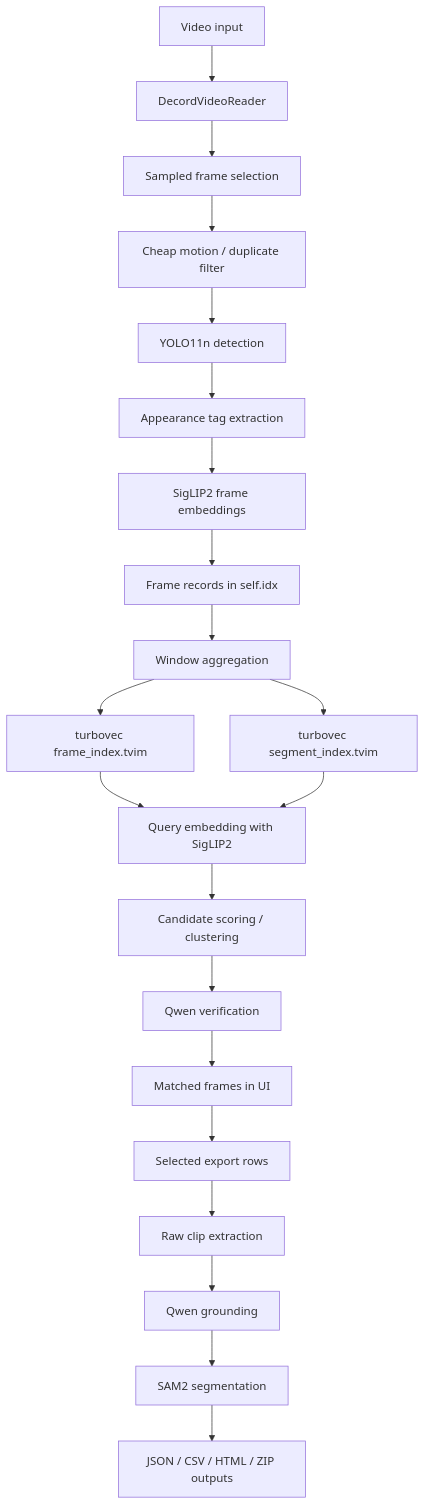
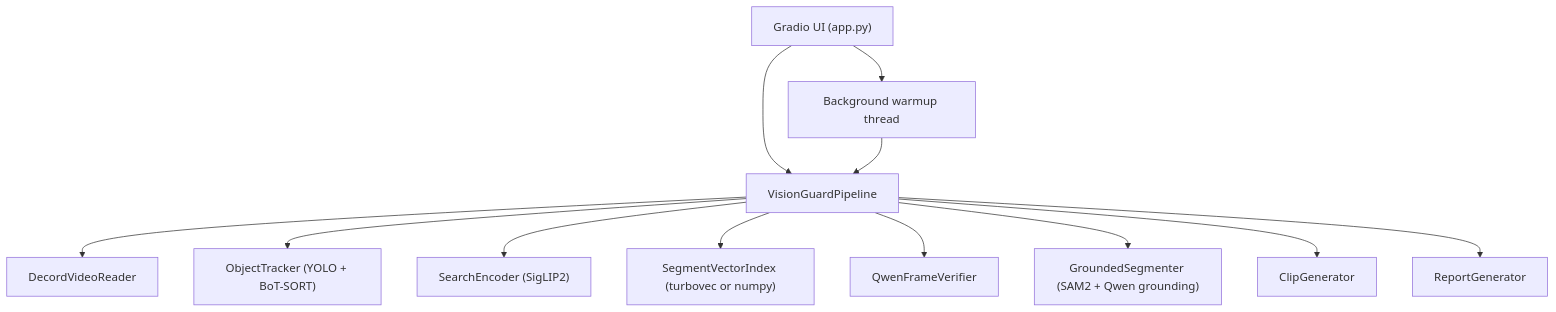
One commit to priyansupattanaik/visionguard-ai changed the diagram in PROJECT_DOCUMENTATION.md. Above: the diagram before and after it, drawn with Mermaid. The commit also changed other lines of this file and 4 other files, not shown here.

````diff
--- a/PROJECT_DOCUMENTATION.md
+++ b/PROJECT_DOCUMENTATION.md
@@ -289,23 +64,14 @@
 ```mermaid
 flowchart TD
-    A["Video input"] --> B["DecordVideoReader"]
-    B --> C["Sampled frame selection"]
-    C --> D["Cheap motion / duplicate filter"]
-    D --> E["YOLO11n detection"]
-    E --> F["Appearance tag extraction"]
-    F --> G["SigLIP2 frame embeddings"]
-    G --> H["Frame records in self.idx"]
-    H --> I["Window aggregation"]
-    I --> J["turbovec frame_index.tvim"]
-    I --> K["turbovec segment_index.tvim"]
-    J --> L["Query embedding with SigLIP2"]
-    K --> L
-    L --> M["Candidate scoring / clustering"]
-    M --> N["Qwen verification"]
-    N --> O["Matched frames in UI"]
-    O --> P["Selected export rows"]
-    P --> Q["Raw clip extraction"]
-    Q --> R["Qwen grounding"]
-    R --> S["SAM2 segmentation"]
-    S --> T["JSON / CSV / HTML / ZIP outputs"]
+    A["Gradio UI (app.py)"] --> B["VisionGuardPipeline"]
+    B --> C["DecordVideoReader"]
+    B --> D["ObjectTracker (YOLO + BoT-SORT)"]
+    B --> E["SearchEncoder (SigLIP2)"]
+    B --> F["SegmentVectorIndex (turbovec or numpy)"]
+    B --> G["QwenFrameVerifier"]
+    B --> H["GroundedSegmenter (SAM2 + Qwen grounding)"]
+    B --> I["ClipGenerator"]
+    B --> J["ReportGenerator"]
+    A --> K["Background warmup thread"]
+    K --> B
 ```
````
